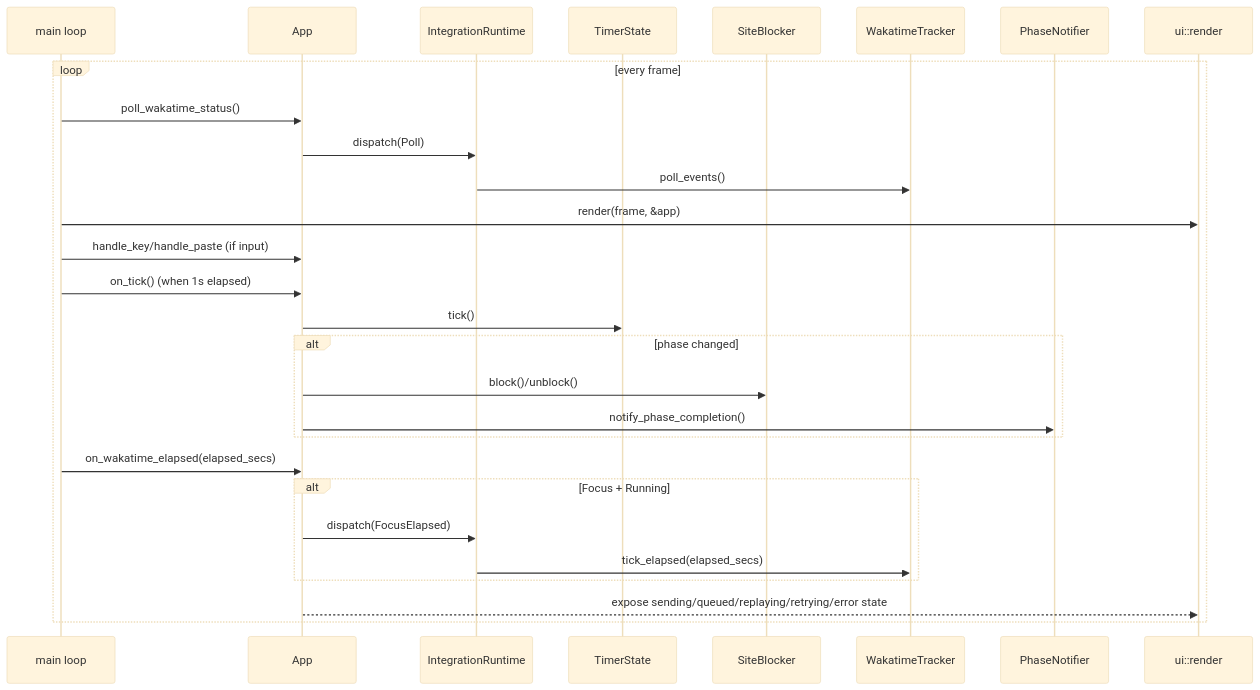
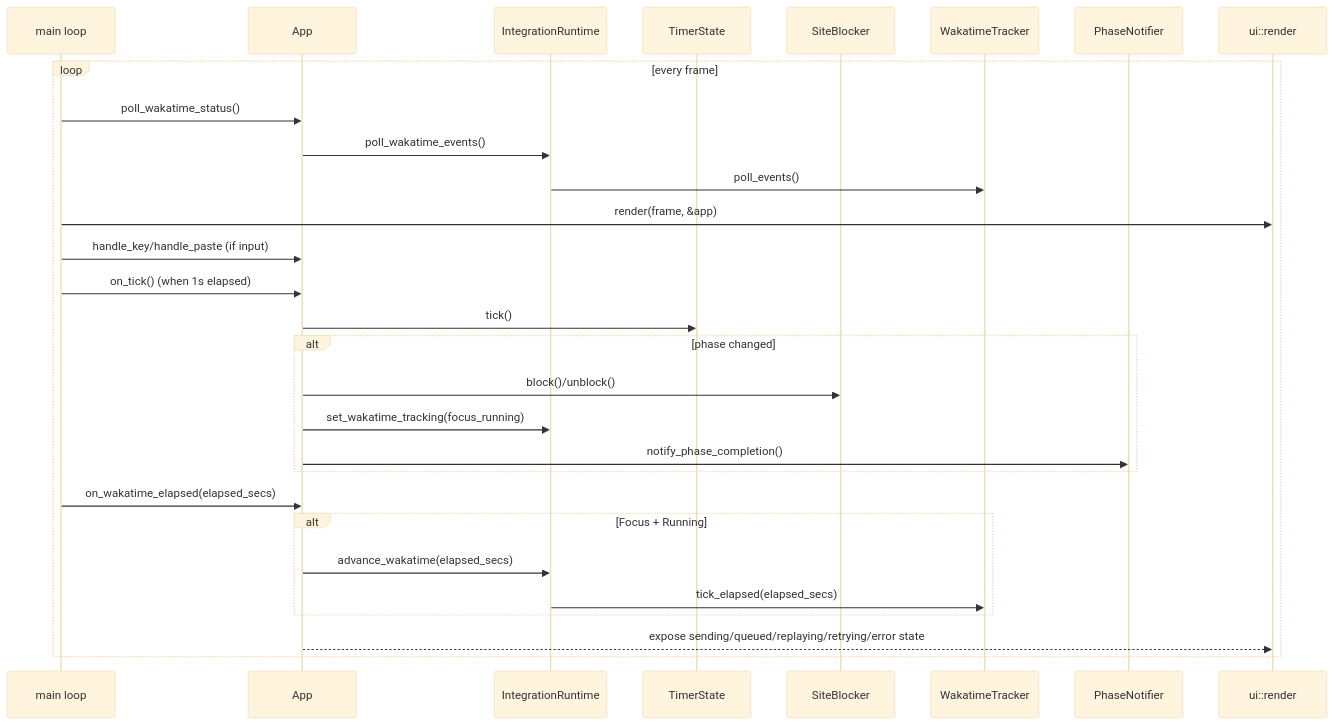
Before and after one commit to utilForever/focustime: the second of 2 diagrams in ARCHITECTURE.md, drawn with Mermaid (base theme). The commit also changed other lines of this file and 4 other files, not shown here.

````diff
--- a/ARCHITECTURE.md
+++ b/ARCHITECTURE.md
@@ -83,31 +83,32 @@
 ```mermaid
 sequenceDiagram
     participant Main as main loop
     participant App as App
     participant Integrations as IntegrationRuntime
     participant Timer as TimerState
     participant Blocker as SiteBlocker
     participant Waka as WakatimeTracker
     participant Notify as PhaseNotifier
     participant UI as ui::render
 
     loop every frame
         Main->>App: poll_wakatime_status()
-        App->>Integrations: dispatch(Poll)
+        App->>Integrations: poll_wakatime_events()
         Integrations->>Waka: poll_events()
         Main->>UI: render(frame, &app)
         Main->>App: handle_key/handle_paste (if input)
         Main->>App: on_tick() (when 1s elapsed)
         App->>Timer: tick()
         alt phase changed
             App->>Blocker: block()/unblock()
+            App->>Integrations: set_wakatime_tracking(focus_running)
             App->>Notify: notify_phase_completion()
         end
         Main->>App: on_wakatime_elapsed(elapsed_secs)
         alt Focus + Running
-            App->>Integrations: dispatch(FocusElapsed)
+            App->>Integrations: advance_wakatime(elapsed_secs)
             Integrations->>Waka: tick_elapsed(elapsed_secs)
         end
         App-->>UI: expose sending/queued/replaying/retrying/error state
     end
 ```
````
